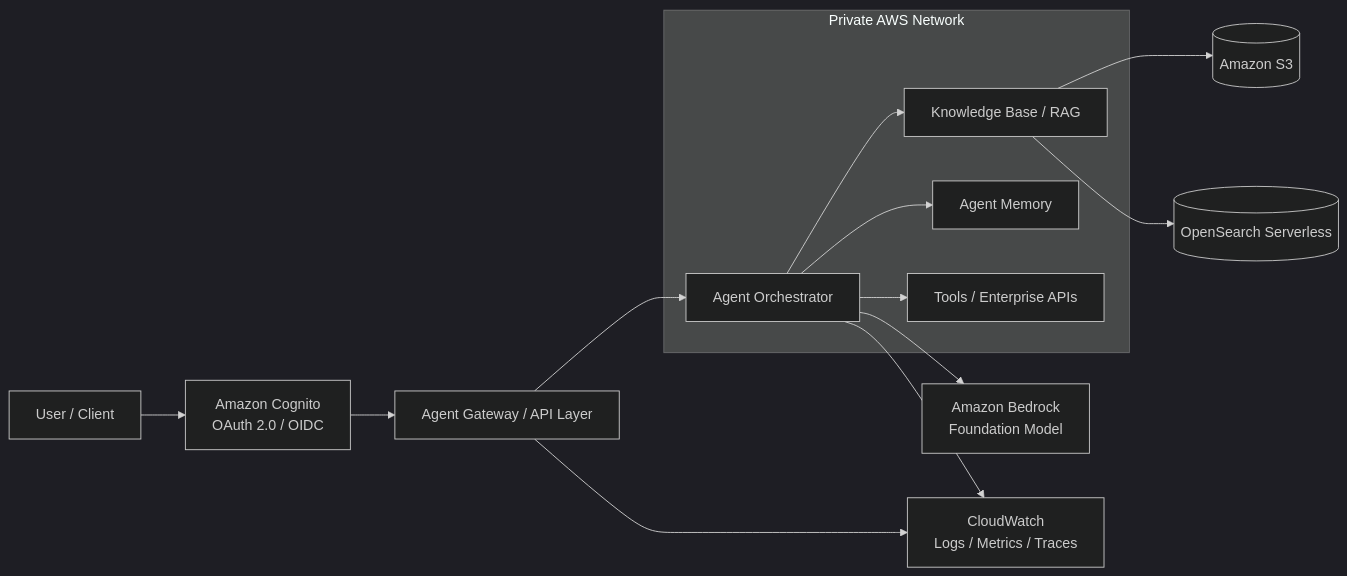
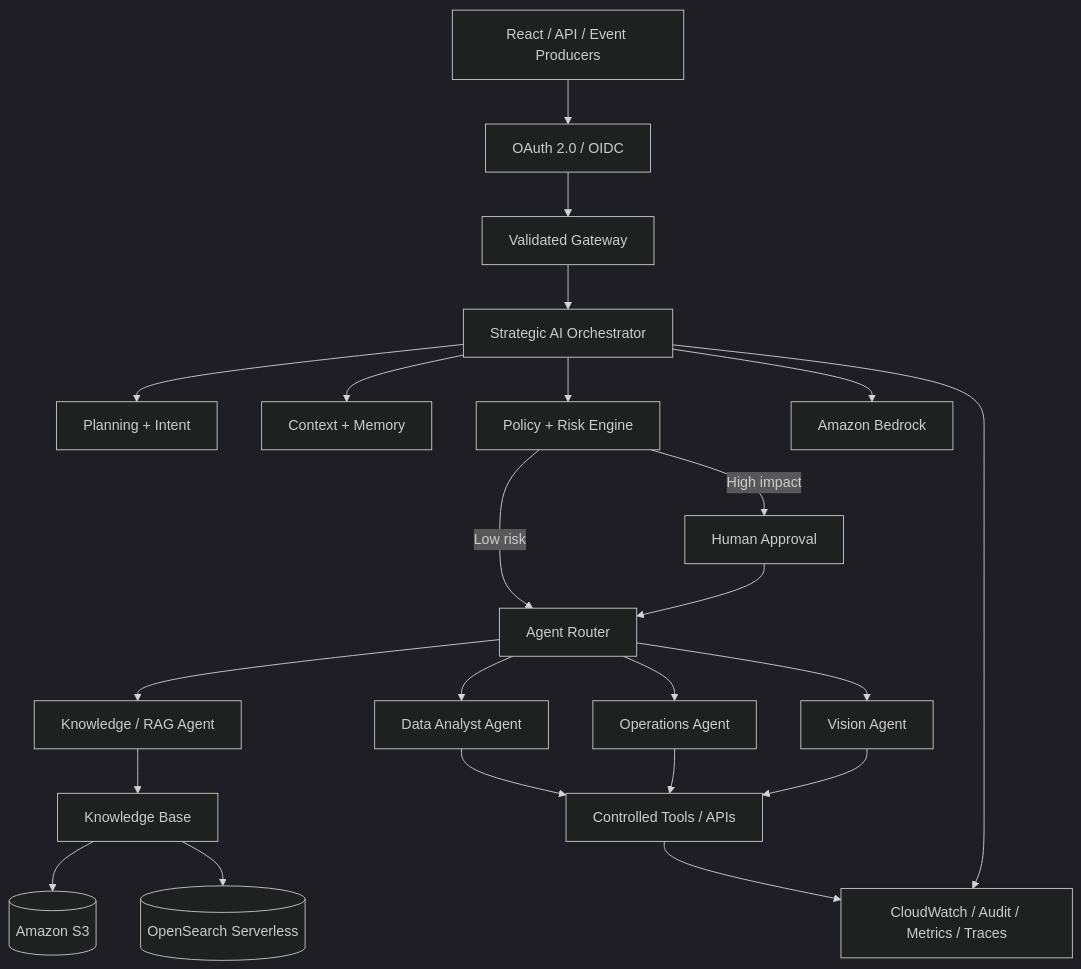
Before and after one commit to devLJMG/agentic-ai-reference-architecture: the diagram in README.md, drawn with Mermaid (dark theme). The commit also changed other lines of this file, not shown here.

Commit message:
docs: evolve reference architecture into multi-agent AI platform

````diff
--- a/README.md
+++ b/README.md
@@ -13,24 +17,31 @@
 ```mermaid
-flowchart LR
-    U[User / Client] --> COG[Amazon Cognito\nOAuth 2.0 / OIDC]
-    COG --> GW[Agent Gateway / API Layer]
-    GW --> ORCH[Agent Orchestrator]
+flowchart TB
+    U[React / API / Event Producers] --> AUTH[OAuth 2.0 / OIDC]
+    AUTH --> GW[Validated Gateway]
+    GW --> ORCH[Strategic AI Orchestrator]
 
-    ORCH --> FM[Amazon Bedrock\nFoundation Model]
-    ORCH --> KB[Knowledge Base / RAG]
-    ORCH --> MEM[Agent Memory]
-    ORCH --> TOOLS[Tools / Enterprise APIs]
+    ORCH --> PLAN[Planning + Intent]
+    ORCH --> MEM[Context + Memory]
+    ORCH --> POLICY[Policy + Risk Engine]
+    ORCH --> FM[Amazon Bedrock]
 
+    POLICY -->|Low risk| ROUTER[Agent Router]
+    POLICY -->|High impact| HUMAN[Human Approval]
+    HUMAN --> ROUTER
+
+    ROUTER --> RAG[Knowledge / RAG Agent]
+    ROUTER --> DATA[Data Analyst Agent]
+    ROUTER --> OPS[Operations Agent]
+    ROUTER --> VISION[Vision Agent]
+
+    RAG --> KB[Knowledge Base]
     KB --> S3[(Amazon S3)]
     KB --> OSS[(OpenSearch Serverless)]
 
-    ORCH --> OBS[CloudWatch\nLogs / Metrics / Traces]
-    GW --> OBS
+    DATA --> TOOLS[Controlled Tools / APIs]
+    OPS --> TOOLS
+    VISION --> TOOLS
 
-    subgraph VPC[Private AWS Network]
-        ORCH
-        KB
-        MEM
-        TOOLS
-    end
+    ORCH --> OBS[CloudWatch / Audit / Metrics / Traces]
+    TOOLS --> OBS
 ```
````
